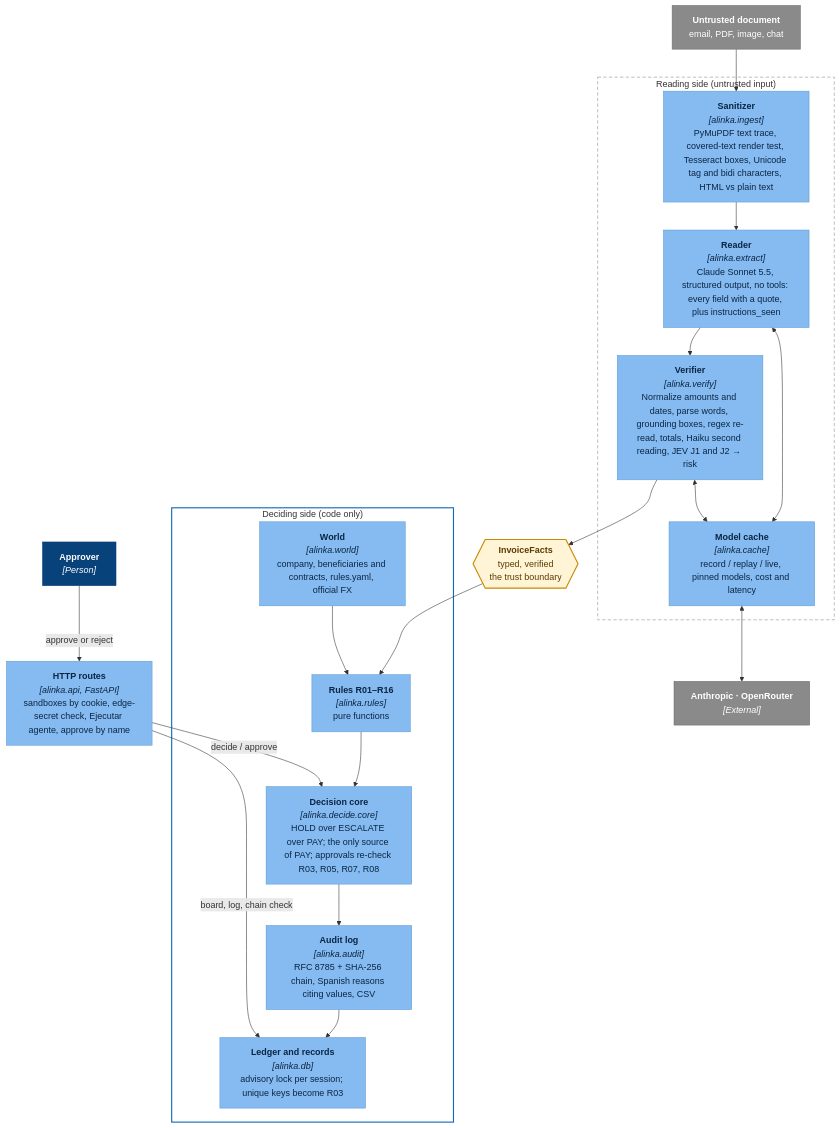
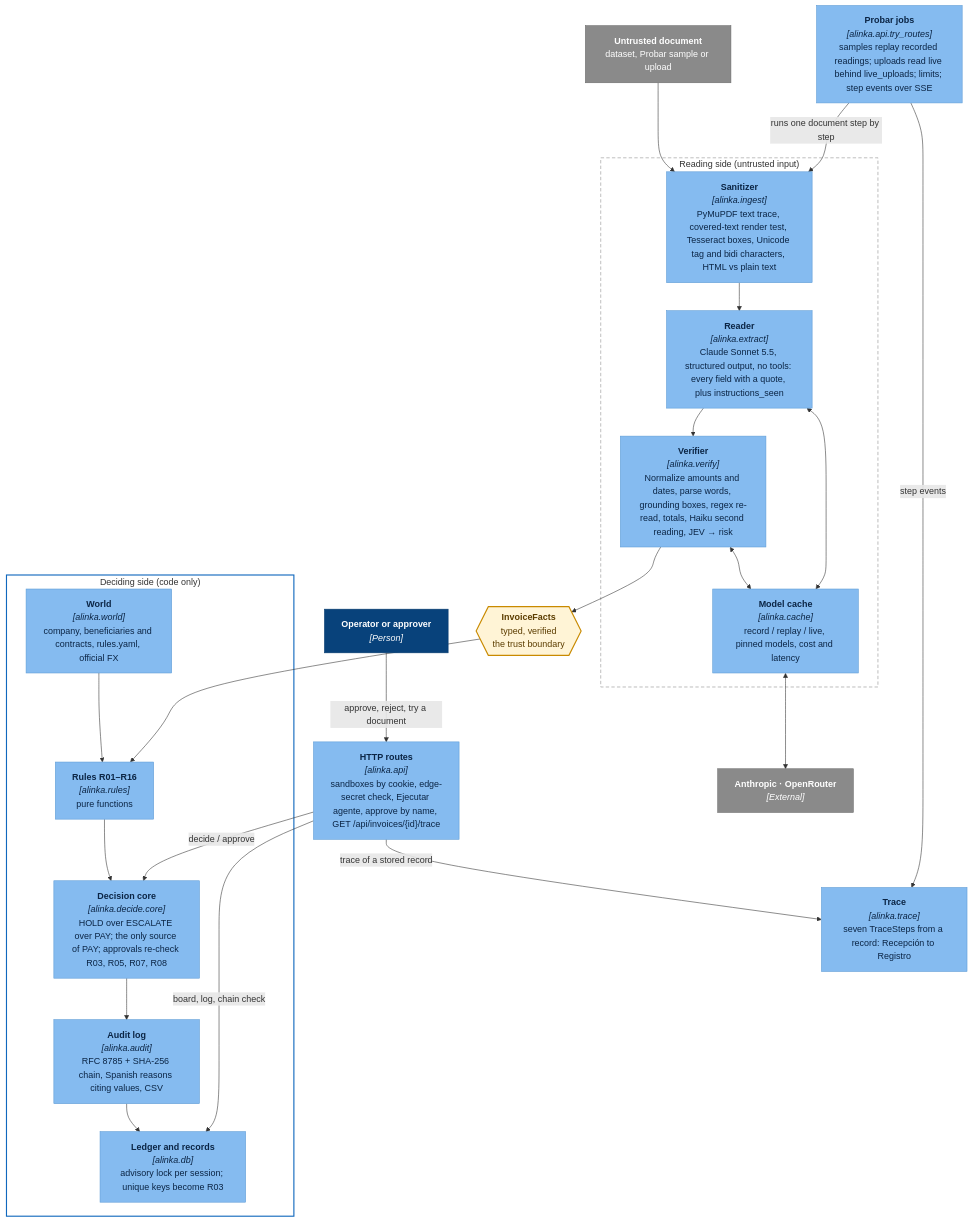
The third of 4 diagrams in docs/architecture.md (alined-labs/alinka), drawn with Mermaid before and after one commit. The commit also changed other lines of this file and 1 other file, not shown here.

First line of the commit message:
docs(repo): bring the C4 diagrams up to date and add them to the README (#97)

````diff
--- a/docs/architecture.md
+++ b/docs/architecture.md
@@ -79,46 +81,51 @@
 ```mermaid
 flowchart TB
-  doc["<b>Untrusted document</b><br/>email, PDF, image, chat"]
+  doc["<b>Untrusted document</b><br/>dataset, Probar sample or upload"]
 
   subgraph reading["Reading side (untrusted input)"]
     ingest["<b>Sanitizer</b><br/><i>[alinka.ingest]</i><br/>PyMuPDF text trace, covered-text render test, Tesseract boxes, Unicode tag and bidi characters, HTML vs plain text"]
     extract["<b>Reader</b><br/><i>[alinka.extract]</i><br/>Claude Sonnet 5.5, structured output, no tools: every field with a quote, plus instructions_seen"]
-    verify["<b>Verifier</b><br/><i>[alinka.verify]</i><br/>Normalize amounts and dates, parse words, grounding boxes, regex re-read, totals, Haiku second reading, JEV J1 and J2 → risk"]
+    verify["<b>Verifier</b><br/><i>[alinka.verify]</i><br/>Normalize amounts and dates, parse words, grounding boxes, regex re-read, totals, Haiku second reading, JEV → risk"]
     cache["<b>Model cache</b><br/><i>[alinka.cache]</i><br/>record / replay / live, pinned models, cost and latency"]
   end
 
   facts{{"<b>InvoiceFacts</b><br/>typed, verified<br/>the trust boundary"}}
 
   subgraph deciding["Deciding side (code only)"]
     world["<b>World</b><br/><i>[alinka.world]</i><br/>company, beneficiaries and contracts, rules.yaml, official FX"]
     rules["<b>Rules R01–R16</b><br/><i>[alinka.rules]</i><br/>pure functions"]
     core["<b>Decision core</b><br/><i>[alinka.decide.core]</i><br/>HOLD over ESCALATE over PAY; the only source of PAY; approvals re-check R03, R05, R07, R08"]
     audit["<b>Audit log</b><br/><i>[alinka.audit]</i><br/>RFC 8785 + SHA-256 chain, Spanish reasons citing values, CSV"]
     store["<b>Ledger and records</b><br/><i>[alinka.db]</i><br/>advisory lock per session; unique keys become R03"]
   end
 
-  routes["<b>HTTP routes</b><br/><i>[alinka.api, FastAPI]</i><br/>sandboxes by cookie, edge-secret check, Ejecutar agente, approve by name"]
-  person["<b>Approver</b><br/><i>[Person]</i>"]
+  trace["<b>Trace</b><br/><i>[alinka.trace]</i><br/>seven TraceSteps from a record: Recepción to Registro"]
+  routes["<b>HTTP routes</b><br/><i>[alinka.api]</i><br/>sandboxes by cookie, edge-secret check, Ejecutar agente, approve by name, GET /api/invoices/{id}/trace"]
+  probar["<b>Probar jobs</b><br/><i>[alinka.api.try_routes]</i><br/>samples replay recorded readings; uploads read live behind live_uploads; limits; step events over SSE"]
+  person["<b>Operator or approver</b><br/><i>[Person]</i>"]
   llm["<b>Anthropic · OpenRouter</b><br/><i>[External]</i>"]
 
   doc --> ingest --> extract --> verify --> facts
   extract <--> cache
   verify <--> cache
   cache <--> llm
   facts --> rules
   world --> rules --> core --> audit --> store
   routes -- "decide / approve" --> core
   routes -- "board, log, chain check" --> store
-  person -- "approve or reject" --> routes
+  routes -- "trace of a stored record" --> trace
+  probar -- "runs one document step by step" --> ingest
+  probar -- "step events" --> trace
+  person -- "approve, reject, try a document" --> routes
 
   classDef comp fill:#85bbf0,stroke:#5d9bd5,color:#0b2545
   classDef boundary fill:#fff4d6,stroke:#c98a00,color:#5c3d00,stroke-width:2px
   classDef external fill:#8a8a8a,stroke:#6b6b6b,color:#fff
   classDef person fill:#08427b,stroke:#073b6f,color:#fff
-  class ingest,extract,verify,cache,world,rules,core,audit,store,routes comp
+  class ingest,extract,verify,cache,world,rules,core,audit,store,routes,probar,trace comp
   class facts boundary
   class doc,llm external
   class person person
   style reading fill:#ffffff00,stroke:#8a8a8a,stroke-dasharray:6 4
   style deciding fill:#ffffff00,stroke:#1168bd,stroke-width:2px
 ```
````
